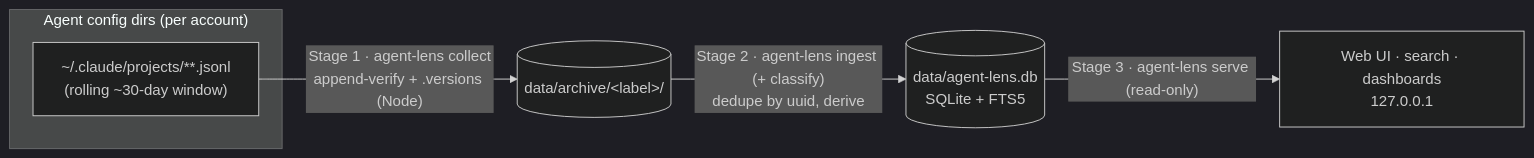
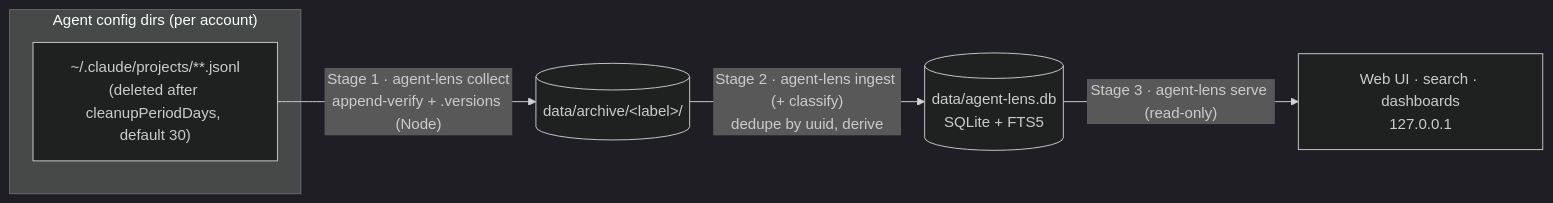
The first of 4 diagrams in docs/ARCHITECTURE.md (SWEStash/agent-lens), drawn with Mermaid (dark theme) before and after one commit. The commit also changed 2 other files, not shown here.

Commit message:
docs(usage): explain Claude Code's transcript deletion window (#97)
Claude Code deletes transcripts older than `cleanupPeriodDays`, and
the archive only holds what collect copied first. Collecting less
often than that window loses sessions for good. USAGE now says so,
says where each source's setting lives, and says to collect before
starting Claude Code after a long break.

It doesn't recommend raising the setting: what matters is that collect
runs more often than the window, whatever its length.

Closes #80

````diff
--- a/docs/ARCHITECTURE.md
+++ b/docs/ARCHITECTURE.md
@@ -14,9 +14,9 @@
 ```mermaid
 flowchart LR
   subgraph Sources["Agent config dirs (per account)"]
-    CC["~/.claude/projects/**.jsonl<br/>(rolling ~30-day window)"]
+    CC["~/.claude/projects/**.jsonl<br/>(deleted after cleanupPeriodDays, default 30)"]
   end
   CC -->|"Stage 1 · agent-lens collect<br/>append-verify + .versions (Node)"| AR[("data/archive/&lt;label&gt;/")]
   AR -->|"Stage 2 · agent-lens ingest (+ classify)<br/>dedupe by uuid, derive"| DB[("data/agent-lens.db<br/>SQLite + FTS5")]
   DB -->|"Stage 3 · agent-lens serve (read-only)"| WEB["Web UI · search · dashboards<br/>127.0.0.1"]
 ```
````
